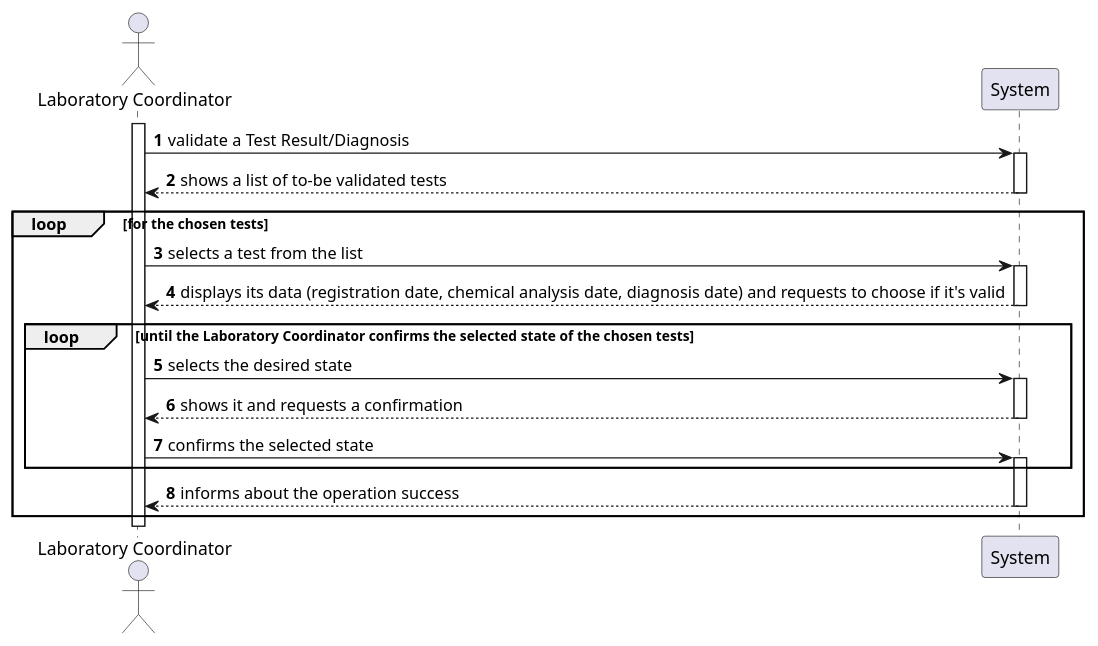
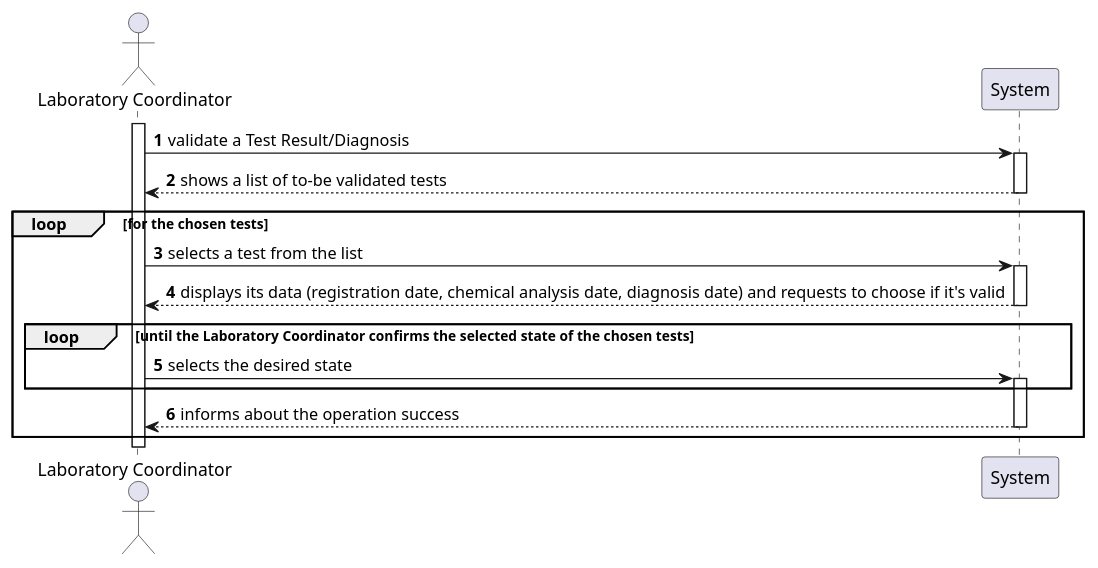
One commit to 0franciscor/lei-21-s2-1de-g19 changed the diagram in docs/SprintC/US15/US15-SSD.puml. Above: the diagram before and after it, drawn with PlantUML. The commit also changed 6 other files, not shown here.

```diff
--- a/docs/SprintC/US15/US15-SSD.puml
+++ b/docs/SprintC/US15/US15-SSD.puml
@@ -1,20 +1,18 @@
 @startuml
 autonumber
 
 actor "Laboratory Coordinator" as labC
 activate labC
 
 labC -> System ++: validate a Test Result/Diagnosis
 System --> labC --: shows a list of to-be validated tests
 loop for the chosen tests
 labC -> System ++: selects a test from the list
 System -->  labC --: displays its data (registration date, chemical analysis date, diagnosis date) and requests to choose if it's valid
 loop until the Laboratory Coordinator confirms the selected state of the chosen tests
 labC ->  System ++: selects the desired state
-System --> labC --: shows it and requests a confirmation
-labC -> System ++: confirms the selected state
 end
 System --> labC --: informs about the operation success
 end
 
 @enduml
```
